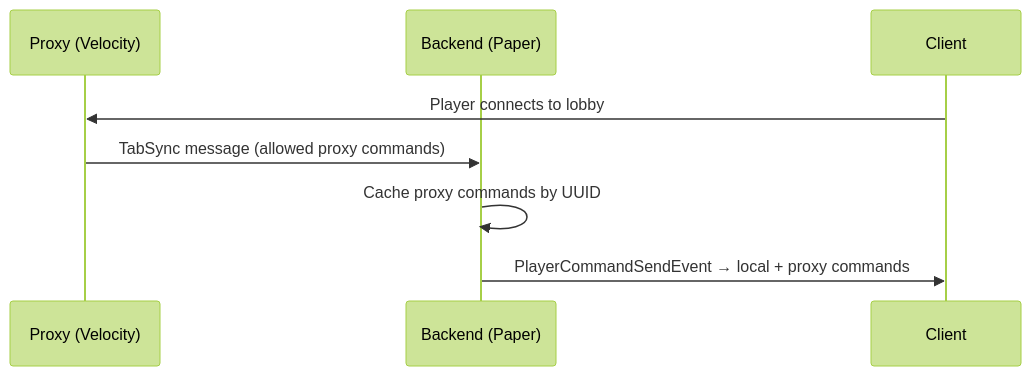
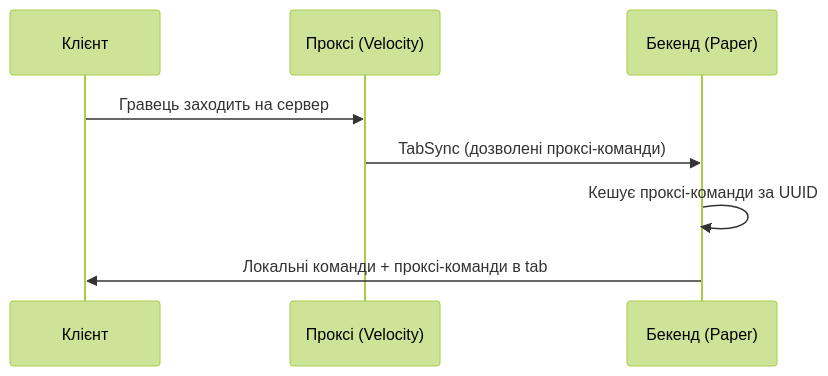
One commit to 1wairesd/1wairesdIndustriesWiki changed the diagram in docs/CommandGuard/04-network.md. Above: the diagram before and after it, drawn with Mermaid (forest theme). The commit also changed other lines of this file and 64 other files, not shown here.

````diff
--- a/docs/CommandGuard/04-network.md
+++ b/docs/CommandGuard/04-network.md
@@ -13,11 +27,11 @@
 ```mermaid
 sequenceDiagram
-    participant P as Proxy (Velocity)
-    participant B as Backend (Paper)
-    participant C as Client
+    participant C as Клієнт
+    participant P as Проксі (Velocity)
+    participant B as Бекенд (Paper)
 
-    C->>P: Player connects to lobby
-    P->>B: TabSync message (allowed proxy commands)
-    B->>B: Cache proxy commands by UUID
-    B->>C: PlayerCommandSendEvent → local + proxy commands
+    C->>P: Гравець заходить на сервер
+    P->>B: TabSync (дозволені проксі-команди)
+    B->>B: Кешує проксі-команди за UUID
+    B->>C: Локальні команди + проксі-команди в tab
 ```
````
